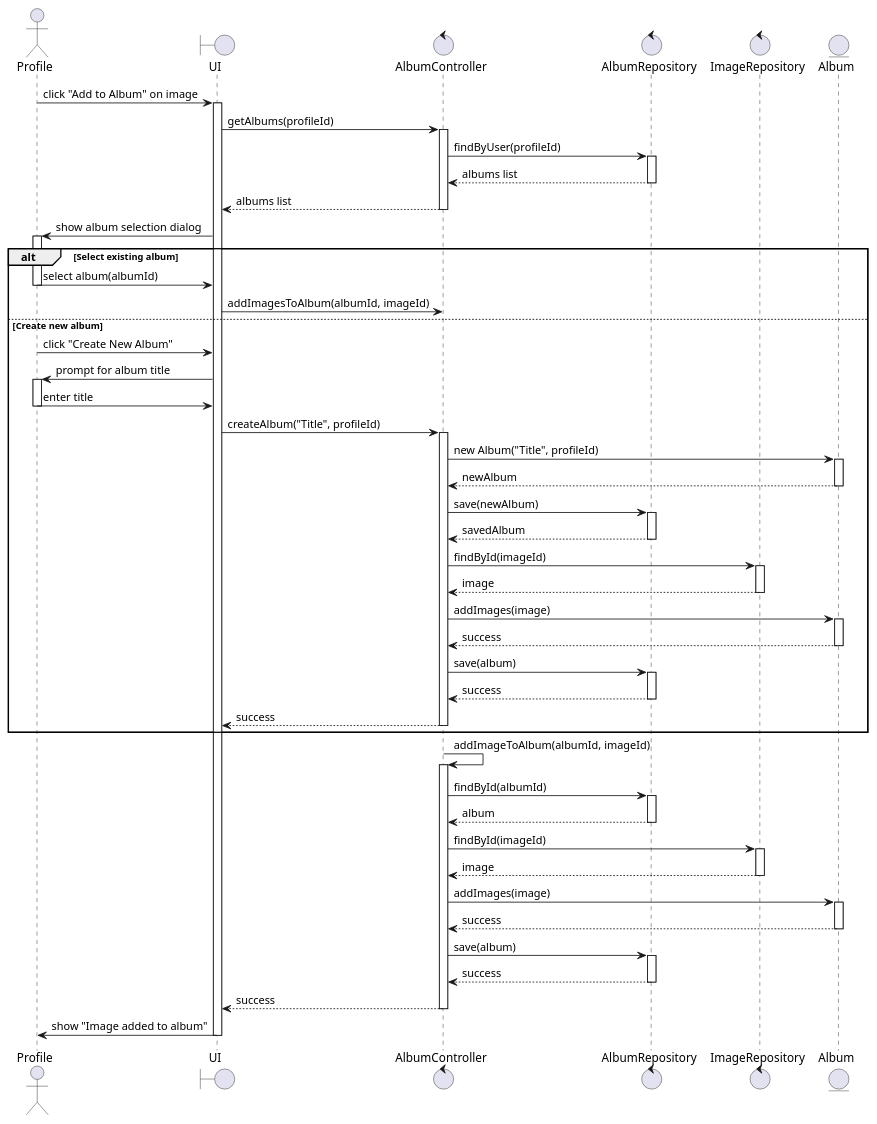
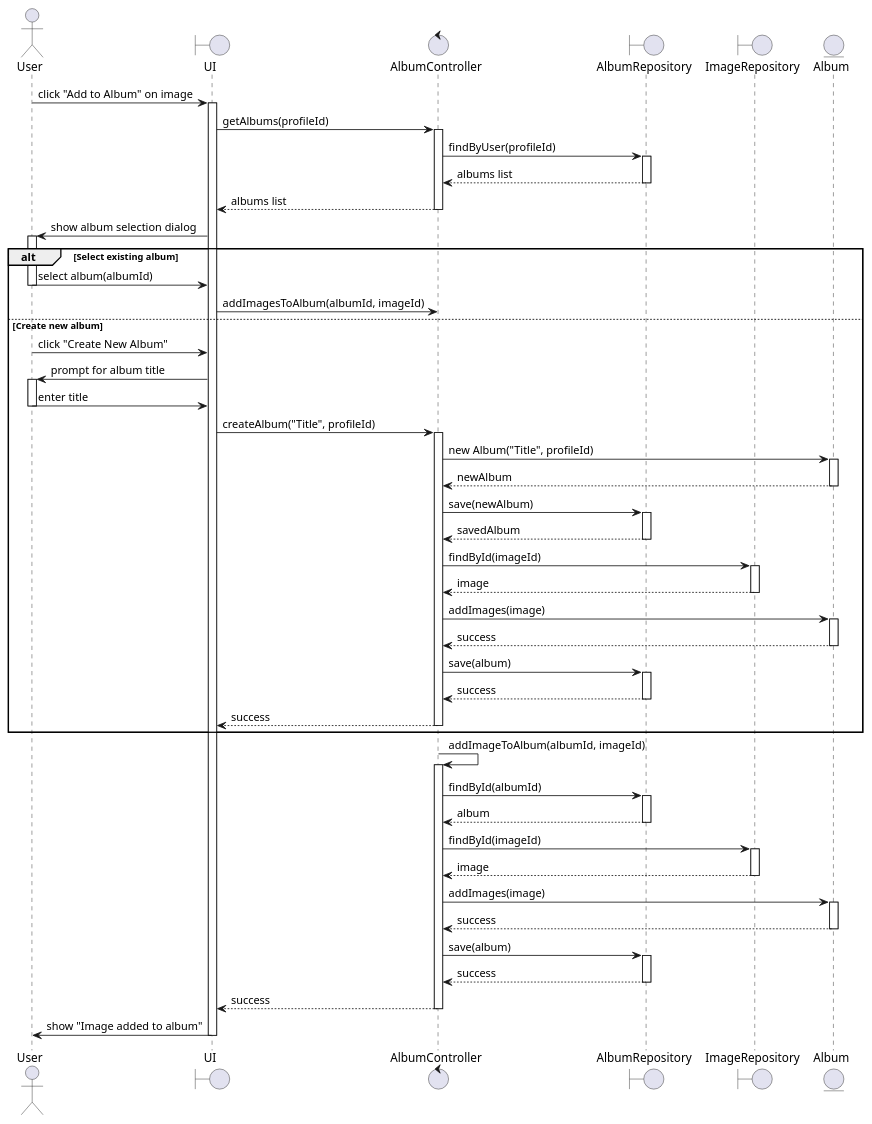
The diagram in docs/user-add-image-to-album-extended-diagram.plantuml (DustofTimeYT/DropDatabase), drawn with PlantUML before and after one commit. The commit also changed 1 other file, not shown here.

Commit message:
Fix diagrams

```diff
--- a/docs/user-add-image-to-album-extended-diagram.plantuml
+++ b/docs/user-add-image-to-album-extended-diagram.plantuml
@@ -1,100 +1,100 @@
 @startuml
 
-actor Profile
+actor User
 boundary "UI" as UI
 control "AlbumController" as AC
-control "AlbumRepository" as AR
-control "ImageRepository" as IR
+boundary "AlbumRepository" as AR
+boundary "ImageRepository" as IR
 entity "Album" as A
 
-Profile -> UI: click "Add to Album" on image
+User -> UI: click "Add to Album" on image
 activate UI
 
 UI -> AC: getAlbums(profileId)
 activate AC
 AC -> AR: findByUser(profileId)
 activate AR
 AR --> AC: albums list
 deactivate AR
 AC --> UI: albums list
 deactivate AC
 
-UI -> Profile: show album selection dialog
-activate Profile
+UI -> User: show album selection dialog
+activate User
 
 alt Select existing album
-    Profile -> UI: select album(albumId)
-    deactivate Profile
+    User -> UI: select album(albumId)
+    deactivate User
 
     UI -> AC: addImagesToAlbum(albumId, imageId)
 
 else Create new album
-    Profile -> UI: click "Create New Album"
-    deactivate Profile
+    User -> UI: click "Create New Album"
+    deactivate User
 
-    UI -> Profile: prompt for album title
-    activate Profile
-    Profile -> UI: enter title
-    deactivate Profile
+    UI -> User: prompt for album title
+    activate User
+    User -> UI: enter title
+    deactivate User
 
     UI -> AC: createAlbum("Title", profileId)
     activate AC
 
     AC -> A: new Album("Title", profileId)
     activate A
     A --> AC: newAlbum
     deactivate A
 
     AC -> AR: save(newAlbum)
     activate AR
     AR --> AC: savedAlbum
     deactivate AR
 
     AC -> IR: findById(imageId)
     activate IR
     IR --> AC: image
     deactivate IR
 
     AC -> A: addImages(image)
     activate A
     A --> AC: success
     deactivate A
 
     AC -> AR: save(album)
     activate AR
     AR --> AC: success
     deactivate AR
 
     AC --> UI: success
     deactivate AC
 end
 
 AC -> AC: addImageToAlbum(albumId, imageId)
 activate AC
 AC -> AR: findById(albumId)
 activate AR
 AR --> AC: album
 deactivate AR
 
 AC -> IR: findById(imageId)
 activate IR
 IR --> AC: image
 deactivate IR
 
 AC -> A: addImages(image)
 activate A
 A --> AC: success
 deactivate A
 
 AC -> AR: save(album)
 activate AR
 AR --> AC: success
 deactivate AR
 
 AC --> UI: success
 deactivate AC
 
-UI -> Profile: show "Image added to album"
+UI -> User: show "Image added to album"
 deactivate UI
 
 @enduml
```
